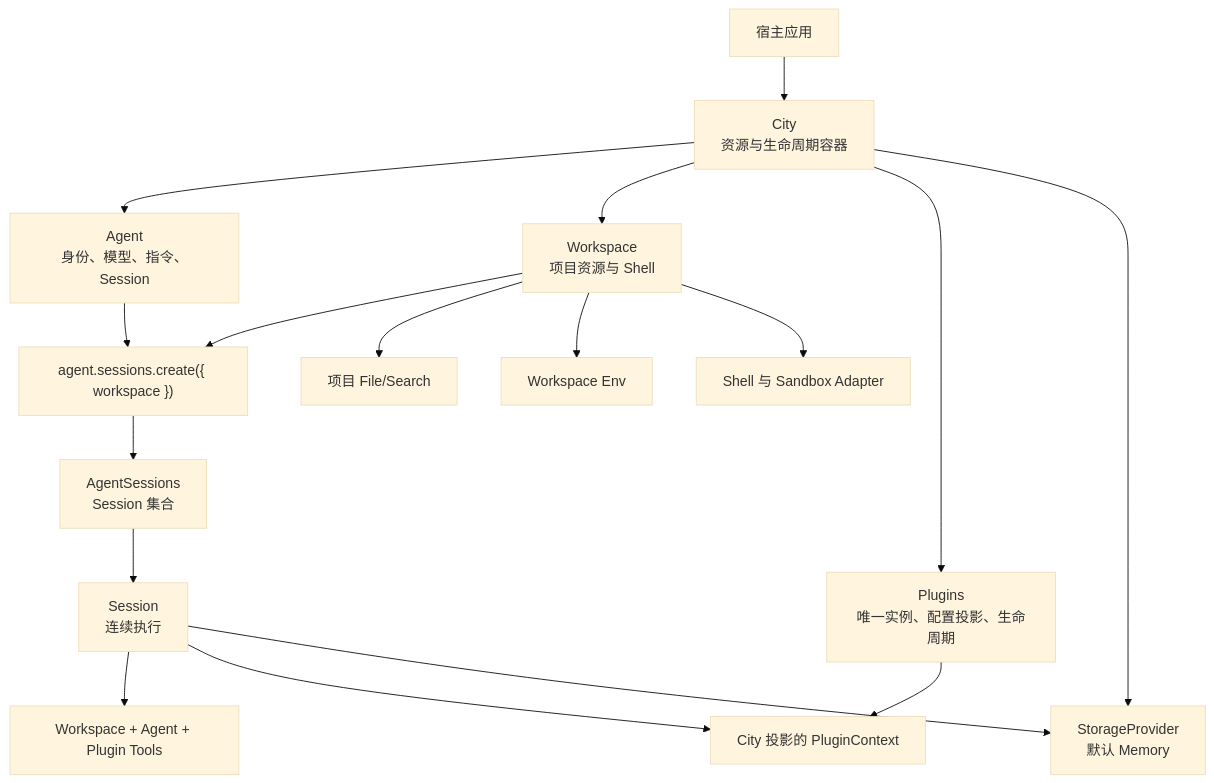
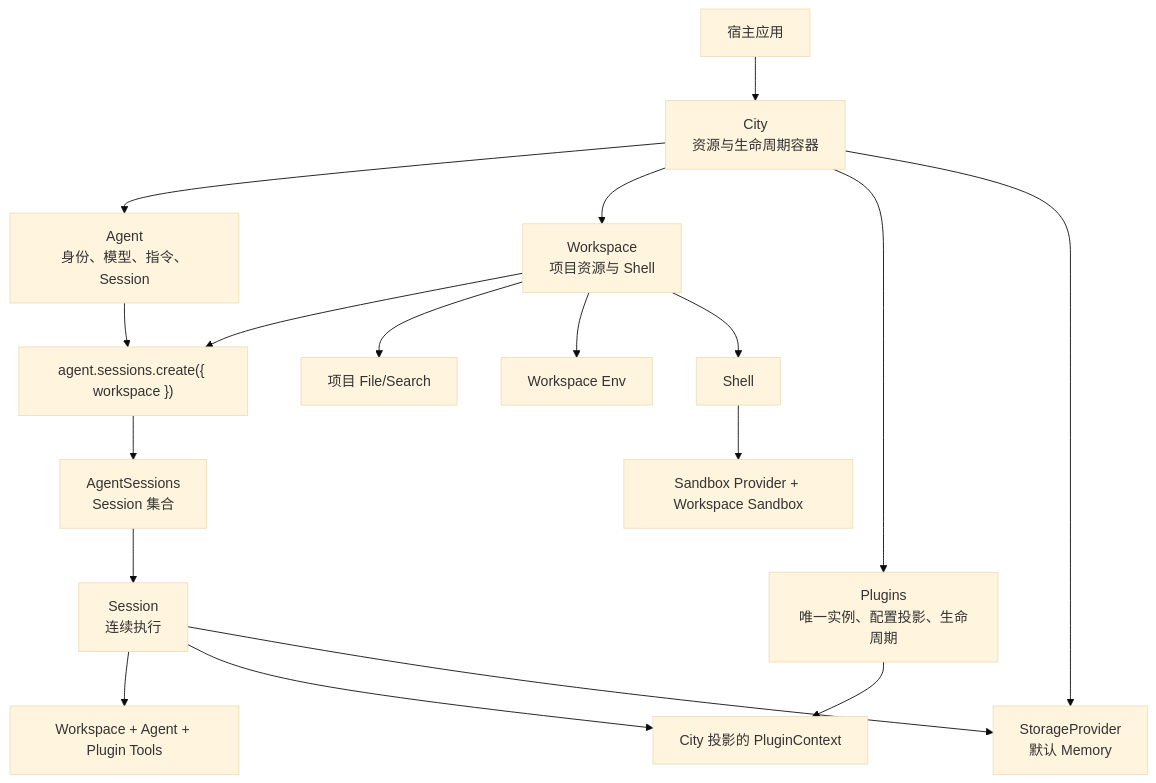
The first of 2 diagrams in homepage/content/docs/zh/agent/sdk-architecture.mdx (genesiscosmos/downcity), drawn with Mermaid (base theme) before and after one commit. The commit also changed other lines of this file and 142 other files, not shown here.

Commit message:
refactor(shell): move sandbox ownership into shell

````diff
--- a/homepage/content/docs/zh/agent/sdk-architecture.mdx
+++ b/homepage/content/docs/zh/agent/sdk-architecture.mdx
@@ -30,19 +30,20 @@
 ```mermaid
 flowchart TD
     Host["宿主应用"] --> City["City<br/>资源与生命周期容器"]
     City --> Agent["Agent<br/>身份、模型、指令、Session"]
     City --> Workspace["Workspace<br/>项目资源与 Shell"]
     City --> Plugins["Plugins<br/>唯一实例、配置投影、生命周期"]
     Agent --> Enter["agent.sessions.create({ workspace })"]
     Workspace --> Enter
     Enter --> Sessions["AgentSessions<br/>Session 集合"]
     Sessions --> Session["Session<br/>连续执行"]
     Session --> Tools["Workspace + Agent + Plugin Tools"]
     Session --> Context["City 投影的 PluginContext"]
     Plugins --> Context
     City --> Storage["StorageProvider<br/>默认 Memory"]
     Session --> Storage
     Workspace --> Files["项目 File/Search"]
     Workspace --> Env["Workspace Env"]
-    Workspace --> Shell["Shell 与 Sandbox Adapter"]
+    Workspace --> Shell["Shell"]
+    Shell --> Sandbox["Sandbox Provider + Workspace Sandbox"]
 ```
````
